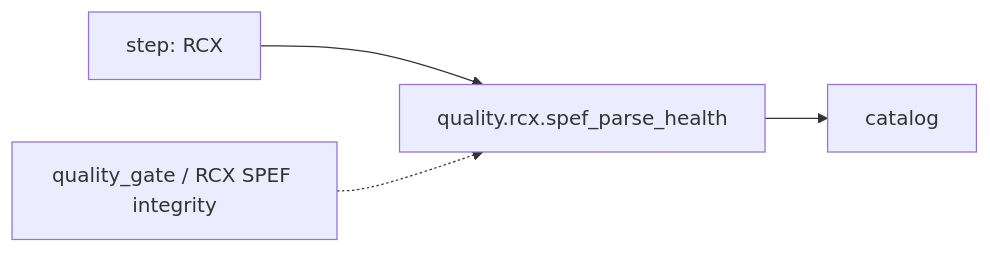
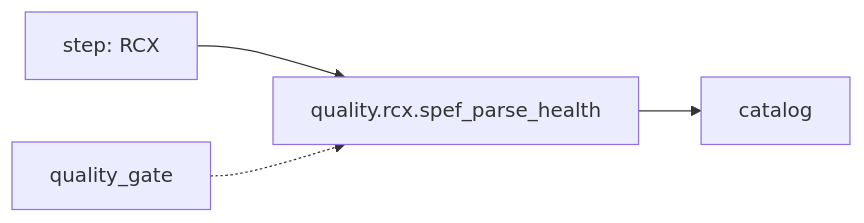
Before and after one commit to openecos-projects/ecc: diagram 13 of 45 in .github/signoff-board/signoff-kanban.md, drawn with Mermaid. The commit also changed other lines of this file and 4 other files, not shown here.

````diff
--- a/.github/signoff-board/signoff-kanban.md
+++ b/.github/signoff-board/signoff-kanban.md
@@ -210,6 +376,6 @@
 ```mermaid
 flowchart LR
   step_quality_rcx_spef_parse_health["step: RCX"] --> metric_quality_rcx_spef_parse_health["quality.rcx.spef_parse_health"]
   metric_quality_rcx_spef_parse_health --> state_quality_rcx_spef_parse_health["catalog"]
-  catalog_quality_rcx_spef_parse_health["quality_gate / RCX SPEF integrity"] -.-> metric_quality_rcx_spef_parse_health
+  cat_quality_rcx_spef_parse_health["quality_gate"] -.-> metric_quality_rcx_spef_parse_health
 ```
````
